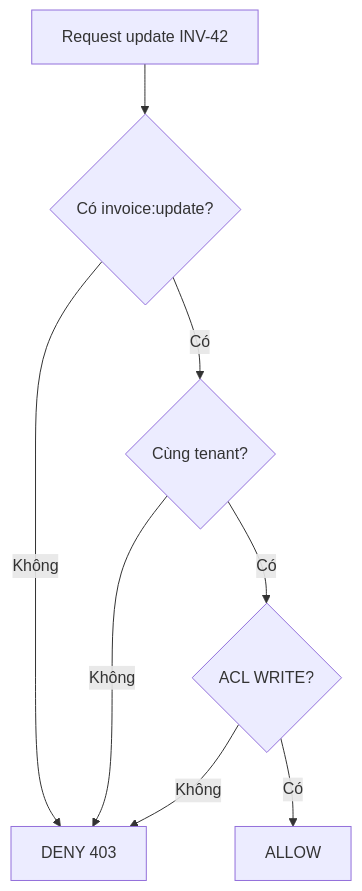
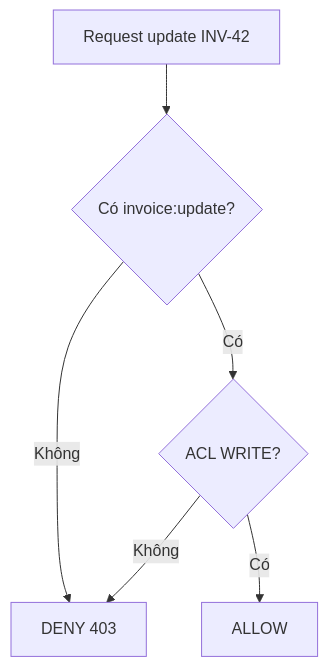
The third of 6 diagrams in content/docs/spring/access-control-models-rbac-acl.md (vanhiep99w/java-learn), drawn with Mermaid before and after one commit. The commit also changed other lines of this file, not shown here.

Commit message:
docs: focus RBAC and ACL examples

````diff
--- a/content/docs/spring/access-control-models-rbac-acl.md
+++ b/content/docs/spring/access-control-models-rbac-acl.md
@@ -729,10 +687,8 @@
 ```mermaid
 flowchart TD
     A[Request update INV-42] --> B{Có invoice:update?}
     B -->|Không| D[DENY 403]
-    B -->|Có| C{Cùng tenant?}
-    C -->|Không| D
-    C -->|Có| E{ACL WRITE?}
+    B -->|Có| E{ACL WRITE?}
     E -->|Không| D
     E -->|Có| F[ALLOW]
 ```
````
